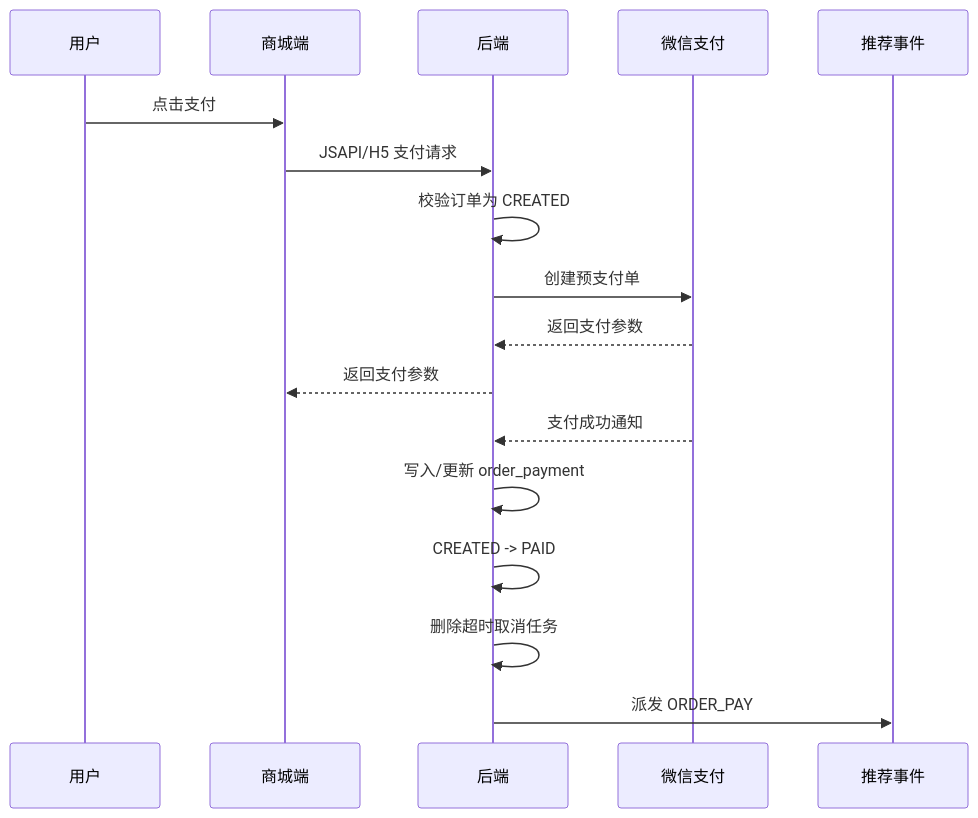
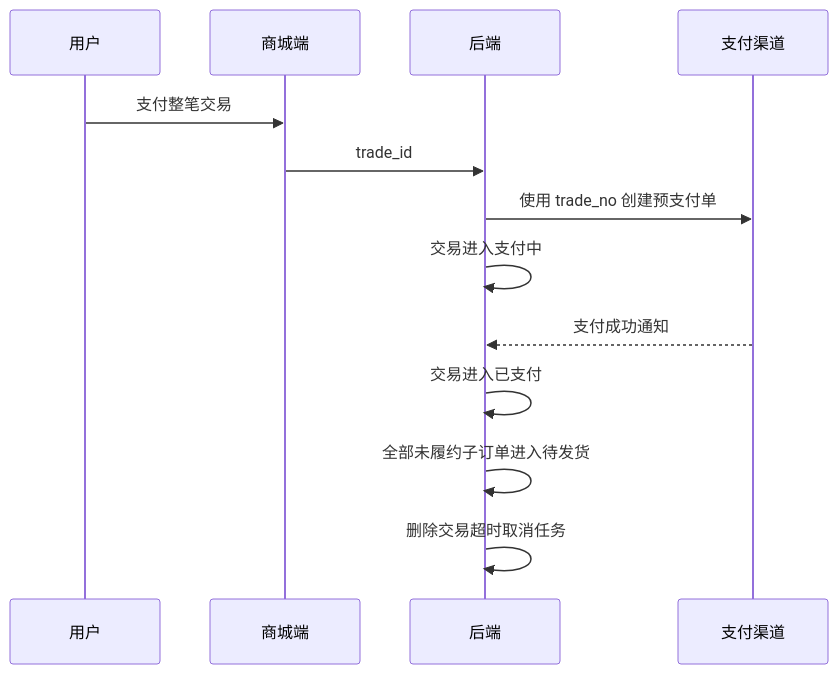
One commit to liujitcn/shop changed the diagram in docs/订单数据流转设计.md. Above: the diagram before and after it, drawn with Mermaid. The commit also changed other lines of this file and 94 other files, not shown here.

````diff
--- a/docs/订单数据流转设计.md
+++ b/docs/订单数据流转设计.md
@@ -62,20 +58,16 @@
 ```mermaid
 sequenceDiagram
   participant U as 用户
   participant A as 商城端
   participant B as 后端
-  participant W as 微信支付
-  participant R as 推荐事件
+  participant W as 支付渠道
 
-  U->>A: 点击支付
-  A->>B: JSAPI/H5 支付请求
-  B->>B: 校验订单为 CREATED
-  B->>W: 创建预支付单
-  W-->>B: 返回支付参数
-  B-->>A: 返回支付参数
+  U->>A: 支付整笔交易
+  A->>B: trade_id
+  B->>W: 使用 trade_no 创建预支付单
+  B->>B: 交易进入支付中
   W-->>B: 支付成功通知
-  B->>B: 写入/更新 order_payment
-  B->>B: CREATED -> PAID
-  B->>B: 删除超时取消任务
-  B->>R: 派发 ORDER_PAY
+  B->>B: 交易进入已支付
+  B->>B: 全部未履约子订单进入待发货
+  B->>B: 删除交易超时取消任务
 ```
````
